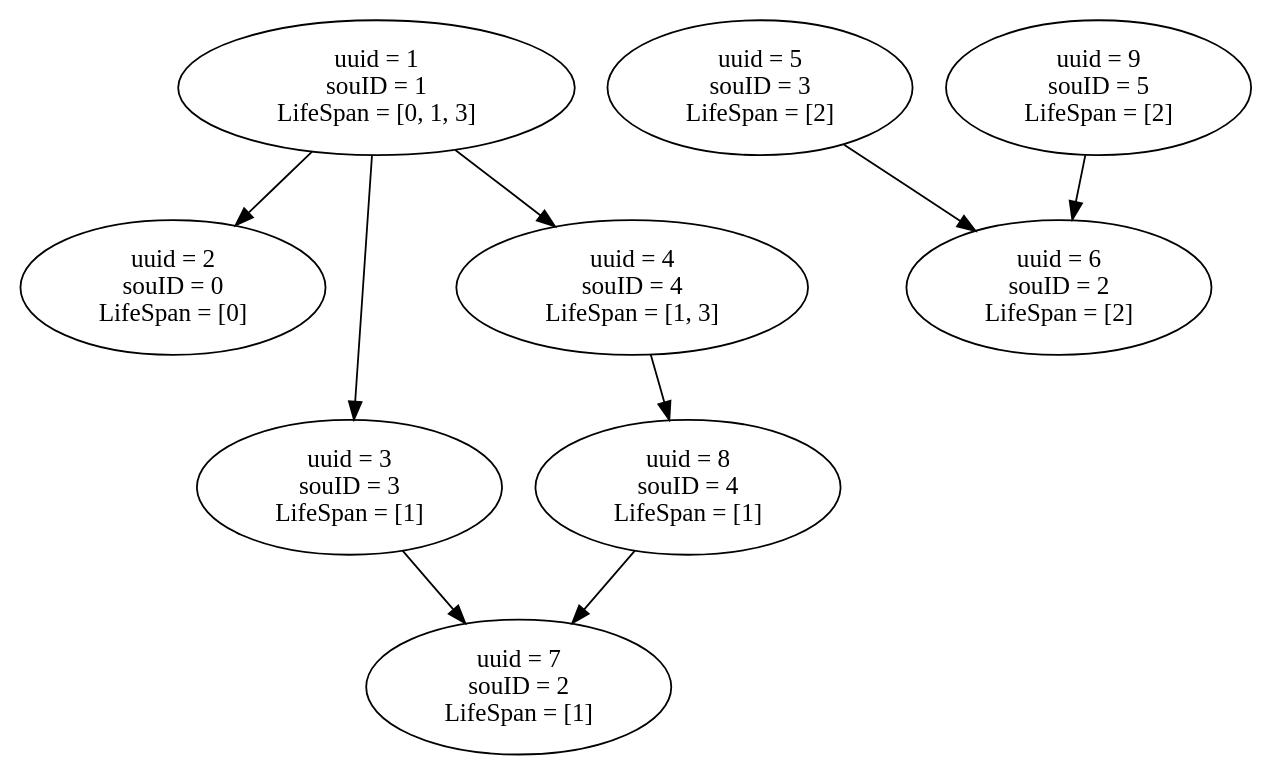
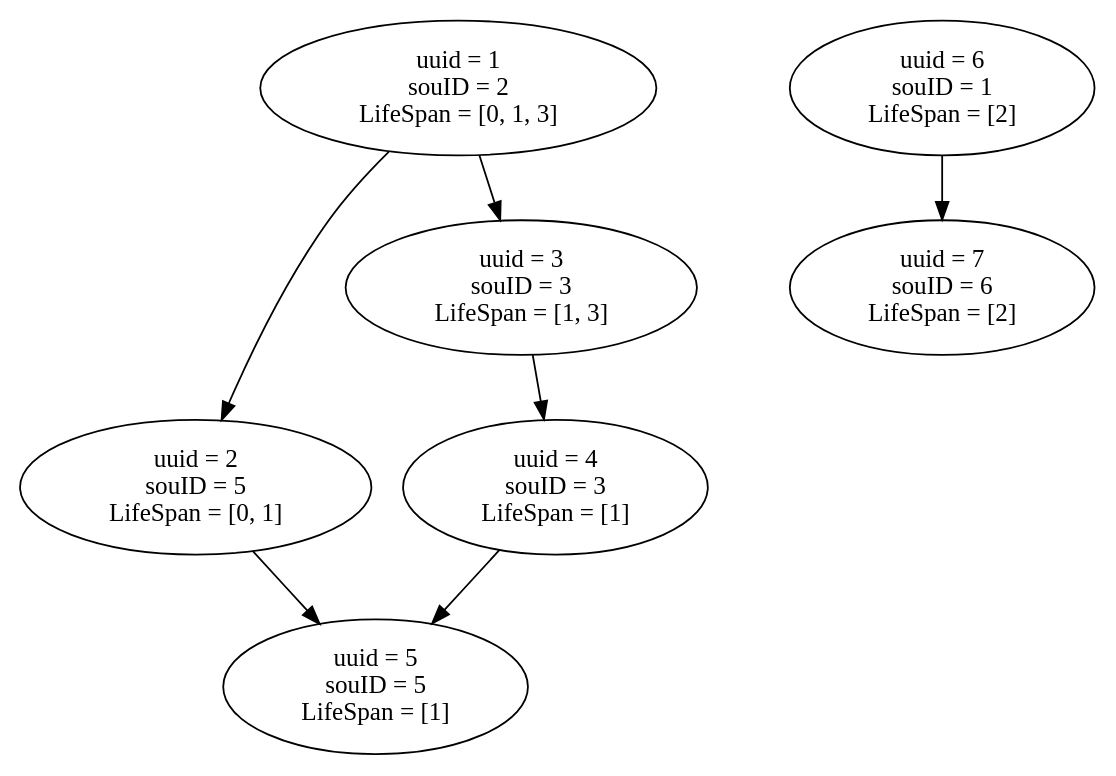
One commit to zzzzzec/work changed the diagram in gt/IG/IG.gv. Above: the diagram before and after it, drawn with Graphviz. The commit also changed 76 other files, not shown here.

```diff
--- a/gt/IG/IG.gv
+++ b/gt/IG/IG.gv
@@ -1,38 +1,30 @@
 // IindexGraph
 digraph {
 	1 [label="uuid = 1
-souID = 1
+souID = 2
 LifeSpan = [0, 1, 3]"]
 	2 [label="uuid = 2
-souID = 0
-LifeSpan = [0]"]
+souID = 5
+LifeSpan = [0, 1]"]
 	3 [label="uuid = 3
 souID = 3
+LifeSpan = [1, 3]"]
+	4 [label="uuid = 4
+souID = 3
 LifeSpan = [1]"]
-	4 [label="uuid = 4
-souID = 4
-LifeSpan = [1, 3]"]
 	5 [label="uuid = 5
-souID = 3
-LifeSpan = [2]"]
+souID = 5
+LifeSpan = [1]"]
 	6 [label="uuid = 6
-souID = 2
+souID = 1
 LifeSpan = [2]"]
 	7 [label="uuid = 7
-souID = 2
-LifeSpan = [1]"]
-	8 [label="uuid = 8
-souID = 4
-LifeSpan = [1]"]
-	9 [label="uuid = 9
-souID = 5
+souID = 6
 LifeSpan = [2]"]
 	1 -> 2
 	1 -> 3
-	1 -> 4
-	3 -> 7
-	4 -> 8
-	5 -> 6
-	8 -> 7
-	9 -> 6
+	2 -> 5
+	3 -> 4
+	4 -> 5
+	6 -> 7
 }
```
